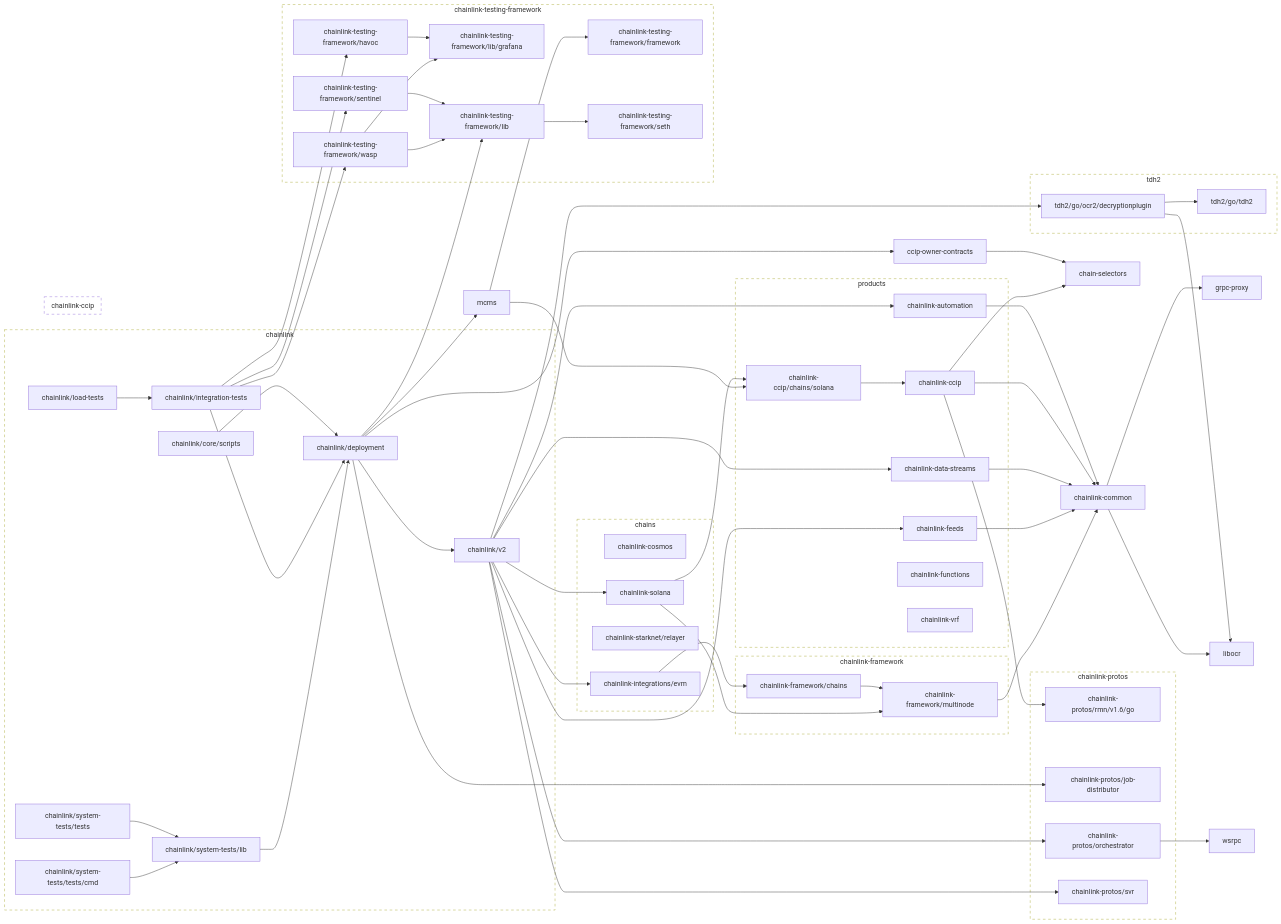
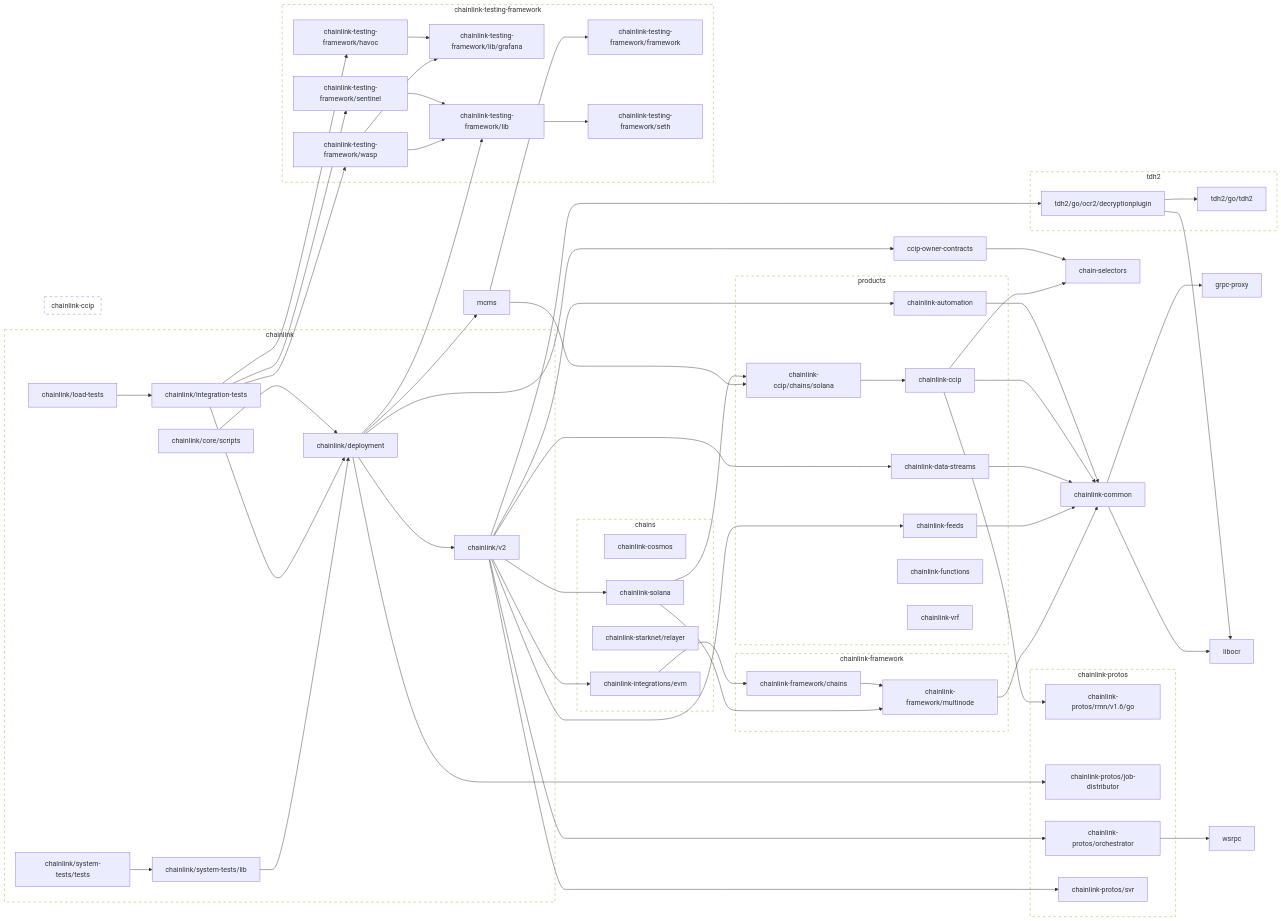
The second of 2 diagrams in go.md (smartcontractkit/chainlink), drawn with Mermaid before and after one commit. The commit also changed 1 other file, not shown here.

Commit message:
update go.md & clean go mod

```diff
--- a/go.md
+++ b/go.md
@@ -196,8 +196,6 @@
 	click chainlink/system-tests/lib href "https://github.com/smartcontractkit/chainlink"
 	chainlink/system-tests/tests --> chainlink/system-tests/lib
 	click chainlink/system-tests/tests href "https://github.com/smartcontractkit/chainlink"
-	chainlink/system-tests/tests/cmd --> chainlink/system-tests/lib
-	click chainlink/system-tests/tests/cmd href "https://github.com/smartcontractkit/chainlink"
 	chainlink/v2 --> chainlink-automation
 	chainlink/v2 --> chainlink-data-streams
 	chainlink/v2 --> chainlink-feeds
@@ -229,7 +227,6 @@
 		 chainlink/load-tests
 		 chainlink/system-tests/lib
 		 chainlink/system-tests/tests
-		 chainlink/system-tests/tests/cmd
 		 chainlink/v2
 	end
 	click chainlink-repo href "https://github.com/smartcontractkit/chainlink"
```
